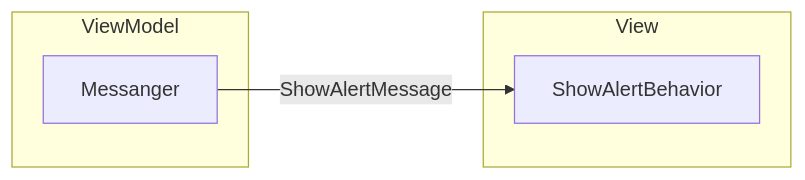
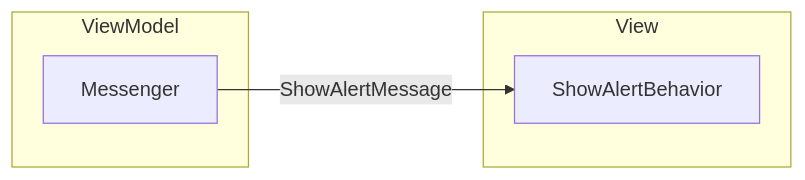
One commit to Tobotobo/wpf_net48_behavior_example1 changed the diagram in README.md. Above: the diagram before and after it, drawn with Mermaid.

````diff
--- a/README.md
+++ b/README.md
@@ -11,14 +11,14 @@
 ```mermaid
 graph LR
 
 subgraph v[View]
     bhv[ShowAlertBehavior]
 end
 
 subgraph vm[ViewModel]
-    m[Messanger]
+    m[Messenger]
     
 end
 
 m -- ShowAlertMessage --> bhv
 ```
````
